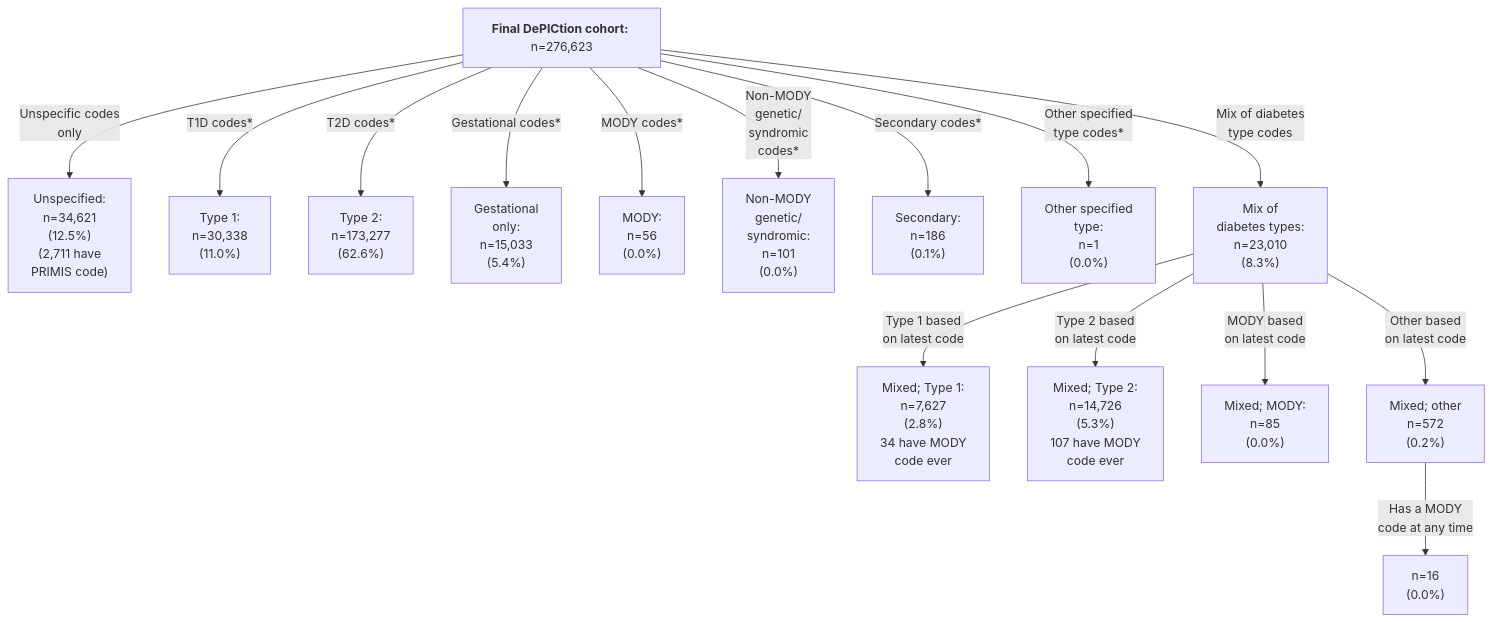
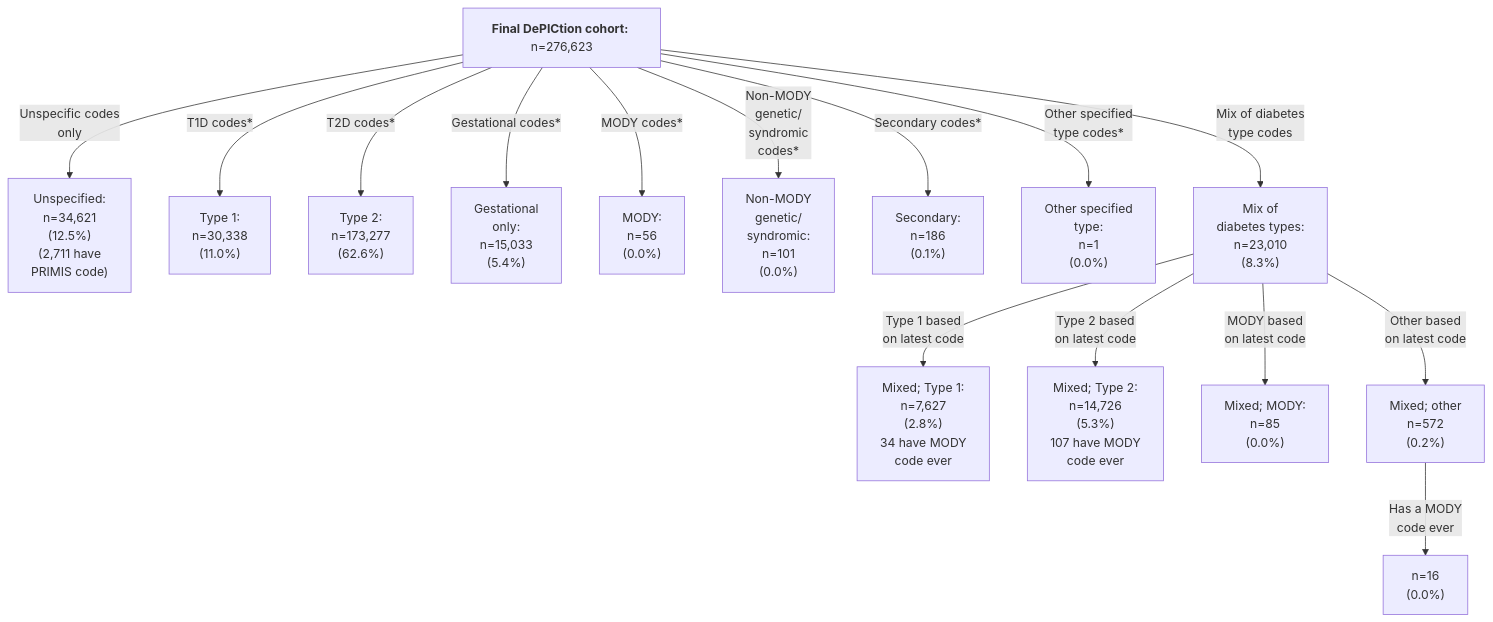
The second of 4 diagrams in README.md (Exeter-Diabetes/CPRD-Katie-DePICtion-Scripts), drawn with Mermaid before and after one commit.

````diff
--- a/README.md
+++ b/README.md
@@ -49,17 +49,17 @@
 ```mermaid
 graph TD;
     G["<b>Final DePICtion cohort:</b> n=276,623"] --> |"Unspecific codes<br>only"| H["Unspecified: <br>n=34,621<br>(12.5%)<br>(2,711 have<br>PRIMIS code)"]
     G --> |"T1D codes*"| I["Type 1: <br>n=30,338<br>(11.0%)"]
     G --> |"T2D codes*"| J["Type 2: <br>n=173,277<br>(62.6%)"]
     G --> |"Gestational codes*"| K["Gestational <br>only: <br>n=15,033<br>(5.4%)"]
     G --> |"MODY codes*"| L["MODY: <br>n=56<br>(0.0%)"]
     G --> |"Non-MODY <br>genetic/<br>syndromic <br>codes*"| M["Non-MODY <br>genetic/<br>syndromic: <br>n=101<br>(0.0%)"]
     G --> |"Secondary codes*"| N["Secondary: <br>n=186<br>(0.1%)"]
     G --> |"Other specified<br>type codes*"| P["Other specified<br>type: <br>n=1<br>(0.0%)"]  
     G --> |"Mix of diabetes<br>type codes"| Q["Mix of<br>diabetes types: <br>n=23,010<br>(8.3%)"]
     Q --> |"Type 1 based<br>on latest code"| R["Mixed; Type 1: <br>n=7,627<br>(2.8%)<br>34 have MODY<br>code ever"]
     Q --> |"Type 2 based<br>on latest code"| S["Mixed; Type 2: <br>n=14,726<br>(5.3%)<br>107 have MODY<br>code ever"]
     Q --> |"MODY based<br>on latest code"| T["Mixed; MODY: <br>n=85<br>(0.0%)"]
     Q --> |"Other based<br>on latest code"| U["Mixed; other<br>n=572<br>(0.2%)"]
-    U --> |"Has a MODY<br>code at any time"|V["n=16<br>(0.0%)"]
+    U --> |"Has a MODY<br>code ever"|V["n=16<br>(0.0%)"]
 ```
````
